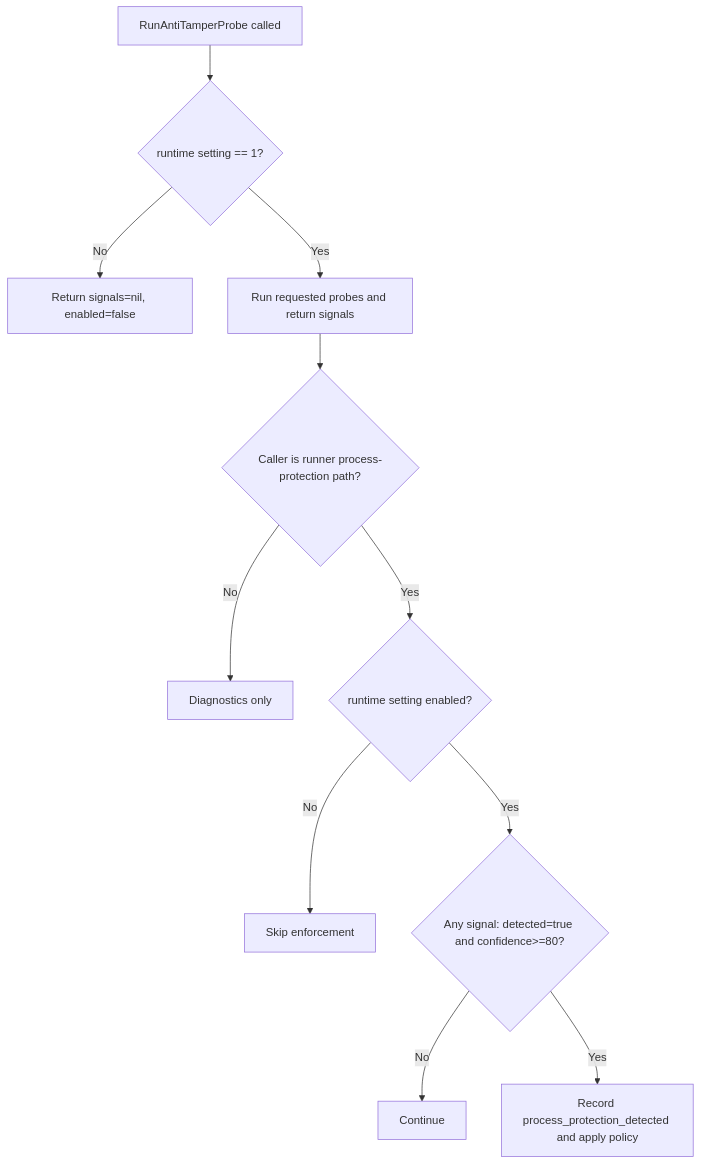
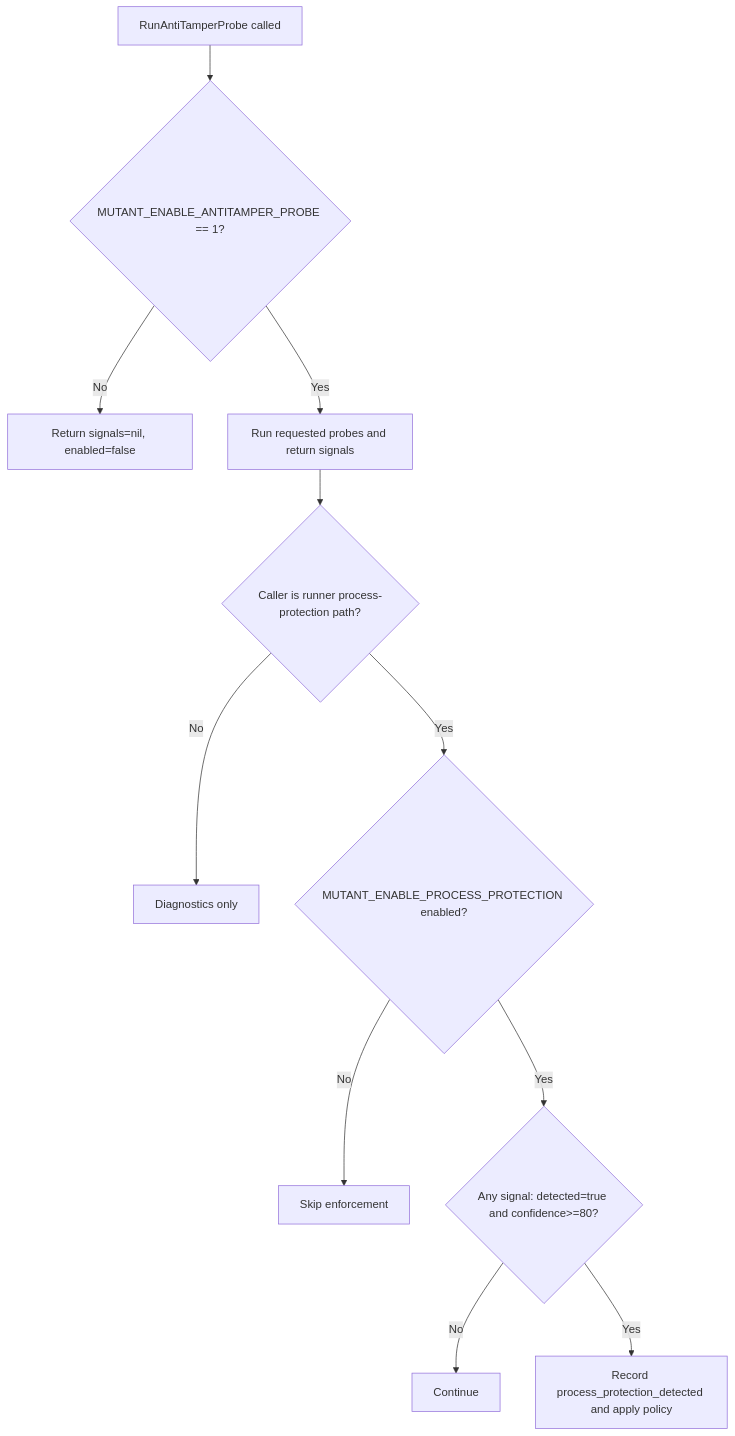
The diagram in docs/ANTITAMPER_PROBE_ENABLEMENT_LLD.md (aoiflux/mudocs), drawn with Mermaid before and after one commit. The commit also changed other lines of this file and 41 other files, not shown here.

````diff
--- a/docs/ANTITAMPER_PROBE_ENABLEMENT_LLD.md
+++ b/docs/ANTITAMPER_PROBE_ENABLEMENT_LLD.md
@@ -37,14 +43,14 @@
 ```mermaid
 flowchart TD
-    A[RunAntiTamperProbe called] --> B{runtime setting == 1?}
+    A[RunAntiTamperProbe called] --> B{MUTANT_ENABLE_ANTITAMPER_PROBE == 1?}
     B -->|No| C[Return signals=nil, enabled=false]
     B -->|Yes| D[Run requested probes and return signals]
 
     D --> E{Caller is runner process-protection path?}
     E -->|No| F[Diagnostics only]
-    E -->|Yes| G{runtime setting enabled?}
+    E -->|Yes| G{MUTANT_ENABLE_PROCESS_PROTECTION enabled?}
     G -->|No| H[Skip enforcement]
     G -->|Yes| I{Any signal: detected=true and confidence>=80?}
     I -->|No| J[Continue]
     I -->|Yes| K[Record process_protection_detected and apply policy]
 ```
````
